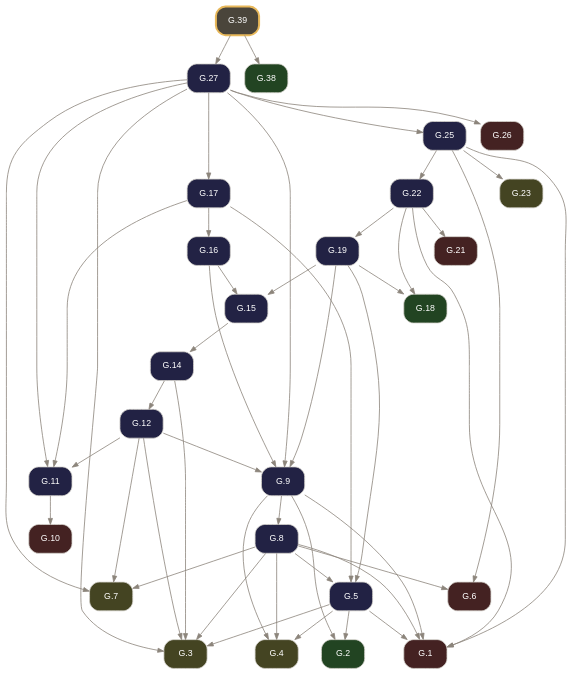
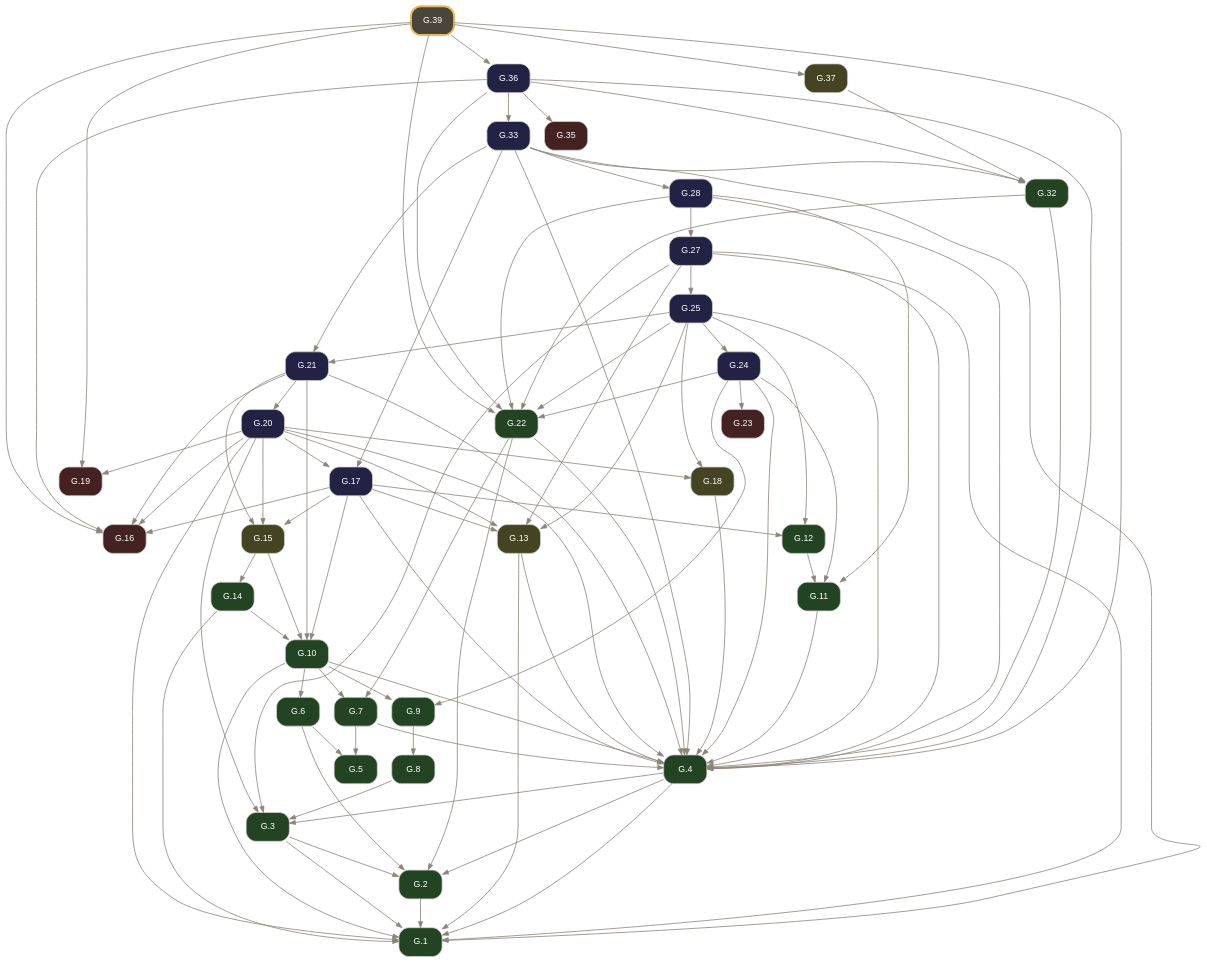
One commit to geometor/elements changed the diagram in docsrc/elements2/G.39/index.rst. Above: the diagram before and after it, drawn with Graphviz. The commit also changed other lines of this file and 2974 other files, not shown here.

Commit message:
feat(elements2): wire defined terms, short verb titles, coincidence operator, and 2-point circle notation (v0.4.0)

```diff
--- a/docsrc/elements2/G.39/index.rst
+++ b/docsrc/elements2/G.39/index.rst
@@ -78,78 +79,128 @@
      node [shape=box, style="rounded,filled", fontname="Helvetica", fontsize=11, color="#d6d3cd", fontcolor="#ffffff"];
      edge [color="#8c857b", fontcolor="#8c857b", arrowsize=0.75];
      rankdir="TB";
-     "G.1" [label="G.1", tooltip="G.1 (I.cn.1): Things equal to the same thing are equal to one another.", fillcolor="#442222", URL="../G.1/index.html", target="_top"];
-     "G.2" [label="G.2", tooltip="G.2 (I.def.15): A circle is a plane figure contained by one line such that all segments falling upon it from its center are equal.", fillcolor="#224422", URL="../G.2/index.html", target="_top"];
-     "G.3" [label="G.3", tooltip="G.3 (I.post.1): Construct a segment between any two points.", fillcolor="#444422", URL="../G.3/index.html", target="_top"];
-     "G.4" [label="G.4", tooltip="G.4 (I.post.3): Construct a circle with any center and radius.", fillcolor="#444422", URL="../G.4/index.html", target="_top"];
-     "G.5" [label="G.5", tooltip="G.5 (I.1): Construct an equilateral triangle on a given finite segment.", fillcolor="#222244", URL="../G.5/index.html", target="_top"];
-     "G.6" [label="G.6", tooltip="G.6 (I.cn.3): If equals are subtracted from equals, the remainders are equal.", fillcolor="#442222", URL="../G.6/index.html", target="_top"];
-     "G.7" [label="G.7", tooltip="G.7 (I.post.2): Extend a finite segment continuously in a straight line.", fillcolor="#444422", URL="../G.7/index.html", target="_top"];
-     "G.8" [label="G.8", tooltip="G.8 (I.2): Construct at a given point a segment equal to a given segment.", fillcolor="#222244", URL="../G.8/index.html", target="_top"];
-     "G.9" [label="G.9", tooltip="G.9 (I.3): Cut off from the greater of two unequal segments a segment equal to the less.", fillcolor="#222244", URL="../G.9/index.html", target="_top"];
-     "G.10" [label="G.10", tooltip="G.10 (I.cn.4): Things that coincide with one another are equal.", fillcolor="#442222", URL="../G.10/index.html", target="_top"];
-     "G.11" [label="G.11", tooltip="G.11 (I.4): Triangles with two sides and the included angle equal are congruent (SAS).", fillcolor="#222244", URL="../G.11/index.html", target="_top"];
-     "G.12" [label="G.12", tooltip="G.12 (I.5): In an isosceles triangle, the angles at the base are equal, and if the equal sides are extended, the angles under the base are equal.", fillcolor="#222244", URL="../G.12/index.html", target="_top"];
-     "G.14" [label="G.14", tooltip="G.14 (I.7): On the same segment and on the same side, there cannot be constructed two distinct triangles with both pairs of conterminous sides equal.", fillcolor="#222244", URL="../G.14/index.html", target="_top"];
-     "G.15" [label="G.15", tooltip="G.15 (I.8): Triangles with all three corresponding sides equal have their corresponding angles equal (SSS).", fillcolor="#222244", URL="../G.15/index.html", target="_top"];
-     "G.16" [label="G.16", tooltip="G.16 (I.9): Bisect a given angle.", fillcolor="#222244", URL="../G.16/index.html", target="_top"];
-     "G.17" [label="G.17", tooltip="G.17 (I.10): Bisect a given finite segment.", fillcolor="#222244", URL="../G.17/index.html", target="_top"];
-     "G.18" [label="G.18", tooltip="G.18 (I.def.10): When a straight line standing on a straight line makes the adjacent angles equal, each of the equal angles is a right angle, and the standing line is perpendicular to that on which...", fillcolor="#224422", URL="../G.18/index.html", target="_top"];
-     "G.19" [label="G.19", tooltip="G.19 (I.11): Construct a line at right angles to a given line from a given point on it.", fillcolor="#222244", URL="../G.19/index.html", target="_top"];
-     "G.21" [label="G.21", tooltip="G.21 (I.cn.2): If equals are added to equals, the wholes are equal.", fillcolor="#442222", URL="../G.21/index.html", target="_top"];
-     "G.22" [label="G.22", tooltip="G.22 (I.13): A ray standing on a line makes either two right angles or adjacent angles summing to two right angles.", fillcolor="#222244", URL="../G.22/index.html", target="_top"];
-     "G.23" [label="G.23", tooltip="G.23 (I.post.4): All right angles are equal.", fillcolor="#444422", URL="../G.23/index.html", target="_top"];
-     "G.25" [label="G.25", tooltip="G.25 (I.15): Intersecting lines make their vertical angles equal.", fillcolor="#222244", URL="../G.25/index.html", target="_top"];
-     "G.26" [label="G.26", tooltip="G.26 (I.cn.5): The whole is greater than the part.", fillcolor="#442222", URL="../G.26/index.html", target="_top"];
-     "G.27" [label="G.27", tooltip="G.27 (I.16): In any triangle, if one side is extended, the exterior angle is greater than either opposite interior angle.", fillcolor="#222244", URL="../G.27/index.html", target="_top"];
-     "G.38" [label="G.38", tooltip="G.38 (I.def.23): Parallel lines are straight lines in the same plane which, produced indefinitely in both directions, do not meet.", fillcolor="#224422", URL="../G.38/index.html", target="_top"];
-     "G.39" [label="G.39", tooltip="G.39 (I.27): If a transversal cutting two lines makes the alternate interior angles equal, the lines are parallel.", penwidth=2.5, color="#e8b85a", fillcolor="#4a453b", URL="index.html", target="_top"];
-     "G.5" -> "G.1";
-     "G.8" -> "G.1";
-     "G.9" -> "G.1";
-     "G.22" -> "G.1";
-     "G.25" -> "G.1";
-     "G.5" -> "G.2";
-     "G.9" -> "G.2";
-     "G.5" -> "G.3";
+     "G.1" [label="G.1", tooltip="G.1 (I.def.1): A point A is that which has no part.", fillcolor="#224422", URL="../G.1/index.html", target="_top"];
+     "G.2" [label="G.2", tooltip="G.2 (I.def.2): A line [ A B ] is a projection of a relationship of two points A, B.", fillcolor="#224422", URL="../G.2/index.html", target="_top"];
+     "G.3" [label="G.3", tooltip="G.3 (I.def.3): The extremities of a segment / A B / are points A, B.", fillcolor="#224422", URL="../G.3/index.html", target="_top"];
+     "G.4" [label="G.4", tooltip="G.4 (I.def.4): A segment / A B / is a portion of a line [ A B ] between two points A, B on the line.", fillcolor="#224422", URL="../G.4/index.html", target="_top"];
+     "G.5" [label="G.5", tooltip="G.5 (I.def.5): A surface is that which has length and breadth only.", fillcolor="#224422", URL="../G.5/index.html", target="_top"];
+     "G.6" [label="G.6", tooltip="G.6 (I.def.6): The extremities of a surface are lines or arcs.", fillcolor="#224422", URL="../G.6/index.html", target="_top"];
+     "G.7" [label="G.7", tooltip="G.7 (I.def.7): A plane surface lies evenly with the lines on itself.", fillcolor="#224422", URL="../G.7/index.html", target="_top"];
+     "G.8" [label="G.8", tooltip="G.8 (I.def.13): A boundary is the extremity of anything.", fillcolor="#224422", URL="../G.8/index.html", target="_top"];
+     "G.9" [label="G.9", tooltip="G.9 (I.def.14): A figure is that which is contained by any boundary or boundaries.", fillcolor="#224422", URL="../G.9/index.html", target="_top"];
+     "G.10" [label="G.10", tooltip="G.10 (I.def.15): A circle ( A B ) is a plane figure contained by one arc defined by a center A and a point B establishing its defining radius / A B /, such that all segments / A B /, / A C /, / A D...", fillcolor="#224422", URL="../G.10/index.html", target="_top"];
+     "G.11" [label="G.11", tooltip="G.11 (I.def.19): Rectilineal figures are contained by segments: trilateral by three, quadrilateral by four, and multilateral by more than four.", fillcolor="#224422", URL="../G.11/index.html", target="_top"];
+     "G.12" [label="G.12", tooltip="G.12 (I.def.20): Of trilateral figures, an equilateral triangle < A B C > has three equal sides, an isosceles triangle < D E F > has two equal sides, and a scalene triangle < G H K > has three uneq...", fillcolor="#224422", URL="../G.12/index.html", target="_top"];
+     "G.13" [label="G.13", tooltip="G.13 (I.post.1): Construct a segment / A B / between any two points A, B.", fillcolor="#444422", URL="../G.13/index.html", target="_top"];
+     "G.14" [label="G.14", tooltip="G.14 (I.def.16): The point A within the circle ( A B ) from which all segments / A B /, / A C / to the arc are equal is called the center of the circle.", fillcolor="#224422", URL="../G.14/index.html", target="_top"];
+     "G.15" [label="G.15", tooltip="G.15 (I.post.3): Construct a circle ( A B ) with center A and defining radius point B.", fillcolor="#444422", URL="../G.15/index.html", target="_top"];
+     "G.16" [label="G.16", tooltip="G.16 (I.cn.1): Things equal to the same thing are equal to one another.", fillcolor="#442222", URL="../G.16/index.html", target="_top"];
+     "G.17" [label="G.17", tooltip="G.17 (I.1): Construct an equilateral triangle on a given segment.", fillcolor="#222244", URL="../G.17/index.html", target="_top"];
+     "G.18" [label="G.18", tooltip="G.18 (I.post.2): Extend a segment / A B / continuously along a line [ A B ] to / B C /.", fillcolor="#444422", URL="../G.18/index.html", target="_top"];
+     "G.19" [label="G.19", tooltip="G.19 (I.cn.3): If equals are subtracted from equals, the remainders are equal.", fillcolor="#442222", URL="../G.19/index.html", target="_top"];
+     "G.20" [label="G.20", tooltip="G.20 (I.2): Construct at a given point a segment equal to a given segment.", fillcolor="#222244", URL="../G.20/index.html", target="_top"];
+     "G.21" [label="G.21", tooltip="G.21 (I.3): Cut off from the greater of two unequal segments a segment equal to the less.", fillcolor="#222244", URL="../G.21/index.html", target="_top"];
+     "G.22" [label="G.22", tooltip="G.22 (I.def.8): A plane angle is the inclination to one another of two lines or arcs in a plane that meet and do not lie on the same line.", fillcolor="#224422", URL="../G.22/index.html", target="_top"];
+     "G.23" [label="G.23", tooltip="G.23 (I.cn.4): Things / A B /, / D E / that coincide with one another are equal to one another.", fillcolor="#442222", URL="../G.23/index.html", target="_top"];
+     "G.24" [label="G.24", tooltip="G.24 (I.4): Triangles with two sides and the included angle equal are congruent (SAS).", fillcolor="#222244", URL="../G.24/index.html", target="_top"];
+     "G.25" [label="G.25", tooltip="G.25 (I.5): In an isosceles triangle, the angles at the base are equal, and if the equal sides are extended, the angles under the base are equal.", fillcolor="#222244", URL="../G.25/index.html", target="_top"];
+     "G.27" [label="G.27", tooltip="G.27 (I.7): On the same segment and on the same side, there cannot be constructed two distinct triangles with both pairs of conterminous sides equal.", fillcolor="#222244", URL="../G.27/index.html", target="_top"];
+     "G.28" [label="G.28", tooltip="G.28 (I.8): Triangles with all three corresponding sides equal have their corresponding angles equal (SSS).", fillcolor="#222244", URL="../G.28/index.html", target="_top"];
+     "G.32" [label="G.32", tooltip="G.32 (I.def.10): When a segment standing on a line makes the adjacent angles equal, each of the equal angles is a right angle, and the standing segment is perpendicular to the line.", fillcolor="#224422", URL="../G.32/index.html", target="_top"];
+     "G.33" [label="G.33", tooltip="G.33 (I.11): Construct a segment at right angles to a given line from a given point on it.", fillcolor="#222244", URL="../G.33/index.html", target="_top"];
+     "G.35" [label="G.35", tooltip="G.35 (I.cn.2): If equals are added to equals, the wholes are equal.", fillcolor="#442222", URL="../G.35/index.html", target="_top"];
+     "G.36" [label="G.36", tooltip="G.36 (I.13): A segment standing on a line makes either two right angles or adjacent angles summing to two right angles.", fillcolor="#222244", URL="../G.36/index.html", target="_top"];
+     "G.37" [label="G.37", tooltip="G.37 (I.post.4): All right angles are equal.", fillcolor="#444422", URL="../G.37/index.html", target="_top"];
+     "G.39" [label="G.39", tooltip="G.39 (I.15): Intersecting lines make their vertical angles equal.", penwidth=2.5, color="#e8b85a", fillcolor="#4a453b", URL="index.html", target="_top"];
+     "G.2" -> "G.1";
+     "G.3" -> "G.1";
+     "G.4" -> "G.1";
+     "G.10" -> "G.1";
+     "G.13" -> "G.1";
+     "G.14" -> "G.1";
+     "G.20" -> "G.1";
+     "G.27" -> "G.1";
+     "G.33" -> "G.1";
+     "G.3" -> "G.2";
+     "G.4" -> "G.2";
+     "G.6" -> "G.2";
+     "G.22" -> "G.2";
+     "G.4" -> "G.3";
      "G.8" -> "G.3";
-     "G.12" -> "G.3";
-     "G.14" -> "G.3";
+     "G.20" -> "G.3";
      "G.27" -> "G.3";
-     "G.5" -> "G.4";
-     "G.8" -> "G.4";
-     "G.9" -> "G.4";
-     "G.8" -> "G.5";
-     "G.17" -> "G.5";
-     "G.19" -> "G.5";
-     "G.8" -> "G.6";
-     "G.25" -> "G.6";
-     "G.8" -> "G.7";
-     "G.12" -> "G.7";
-     "G.27" -> "G.7";
+     "G.7" -> "G.4";
+     "G.10" -> "G.4";
+     "G.11" -> "G.4";
+     "G.13" -> "G.4";
+     "G.17" -> "G.4";
+     "G.18" -> "G.4";
+     "G.20" -> "G.4";
+     "G.21" -> "G.4";
+     "G.22" -> "G.4";
+     "G.24" -> "G.4";
+     "G.25" -> "G.4";
+     "G.27" -> "G.4";
+     "G.28" -> "G.4";
+     "G.32" -> "G.4";
+     "G.33" -> "G.4";
+     "G.36" -> "G.4";
+     "G.39" -> "G.4";
+     "G.6" -> "G.5";
+     "G.7" -> "G.5";
+     "G.10" -> "G.6";
+     "G.10" -> "G.7";
+     "G.22" -> "G.7";
      "G.9" -> "G.8";
-     "G.12" -> "G.9";
-     "G.16" -> "G.9";
-     "G.19" -> "G.9";
-     "G.27" -> "G.9";
-     "G.11" -> "G.10";
+     "G.10" -> "G.9";
+     "G.24" -> "G.9";
+     "G.14" -> "G.10";
+     "G.15" -> "G.10";
+     "G.17" -> "G.10";
+     "G.21" -> "G.10";
      "G.12" -> "G.11";
-     "G.17" -> "G.11";
-     "G.27" -> "G.11";
-     "G.14" -> "G.12";
+     "G.24" -> "G.11";
+     "G.28" -> "G.11";
+     "G.17" -> "G.12";
+     "G.25" -> "G.12";
+     "G.17" -> "G.13";
+     "G.20" -> "G.13";
+     "G.25" -> "G.13";
+     "G.27" -> "G.13";
      "G.15" -> "G.14";
-     "G.16" -> "G.15";
-     "G.19" -> "G.15";
+     "G.17" -> "G.15";
+     "G.20" -> "G.15";
+     "G.21" -> "G.15";
      "G.17" -> "G.16";
-     "G.27" -> "G.17";
-     "G.19" -> "G.18";
-     "G.22" -> "G.18";
-     "G.22" -> "G.19";
-     "G.22" -> "G.21";
+     "G.20" -> "G.16";
+     "G.21" -> "G.16";
+     "G.36" -> "G.16";
+     "G.39" -> "G.16";
+     "G.20" -> "G.17";
+     "G.33" -> "G.17";
+     "G.20" -> "G.18";
+     "G.25" -> "G.18";
+     "G.20" -> "G.19";
+     "G.39" -> "G.19";
+     "G.21" -> "G.20";
+     "G.25" -> "G.21";
+     "G.33" -> "G.21";
+     "G.24" -> "G.22";
      "G.25" -> "G.22";
-     "G.25" -> "G.23";
+     "G.28" -> "G.22";
+     "G.32" -> "G.22";
+     "G.36" -> "G.22";
+     "G.39" -> "G.22";
+     "G.24" -> "G.23";
+     "G.25" -> "G.24";
      "G.27" -> "G.25";
-     "G.27" -> "G.26";
-     "G.39" -> "G.27";
-     "G.39" -> "G.38";
+     "G.28" -> "G.27";
+     "G.33" -> "G.28";
+     "G.33" -> "G.32";
+     "G.36" -> "G.32";
+     "G.37" -> "G.32";
+     "G.36" -> "G.33";
+     "G.36" -> "G.35";
+     "G.39" -> "G.36";
+     "G.39" -> "G.37";
    }
```
